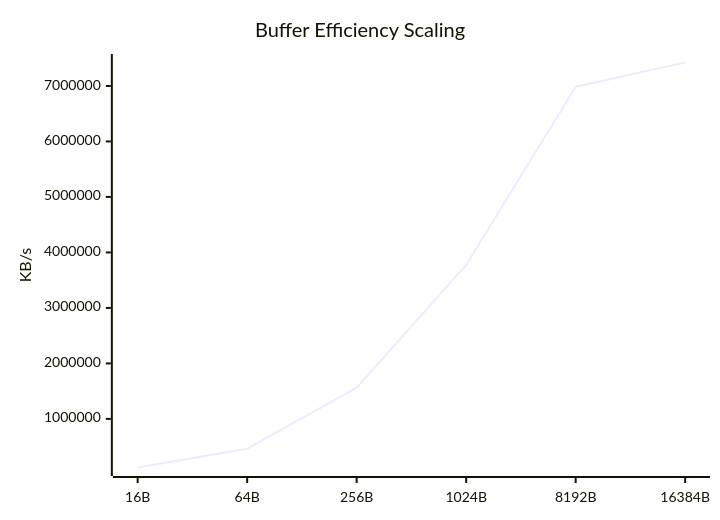
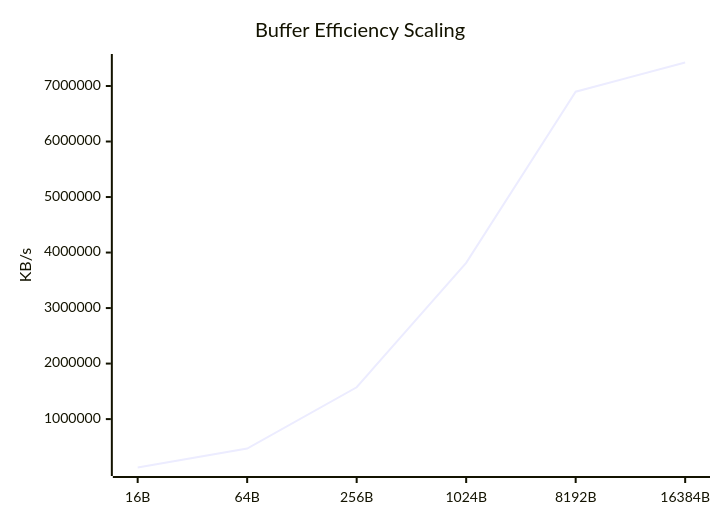
Before and after one commit to taha2samy/openssl_fips: the fifth of 9 diagrams in docs/Comparison_Report.md, drawn with Mermaid. The commit also changed other lines of this file and 2 other files, not shown here.

````diff
--- a/docs/Comparison_Report.md
+++ b/docs/Comparison_Report.md
@@ -94,7 +94,7 @@
 ```mermaid
 xychart-beta
     title "Buffer Efficiency Scaling"
     x-axis [16B, 64B, 256B, 1024B, 8192B, 16384B]
     y-axis "KB/s"
-    line [124180.9, 462366.21, 1562962.43, 3774432.77, 6985859.07, 7422738.43]
+    line [128068.71, 468560.32, 1573618.94, 3813833.73, 6898032.64, 7423336.45]
 ```
````
